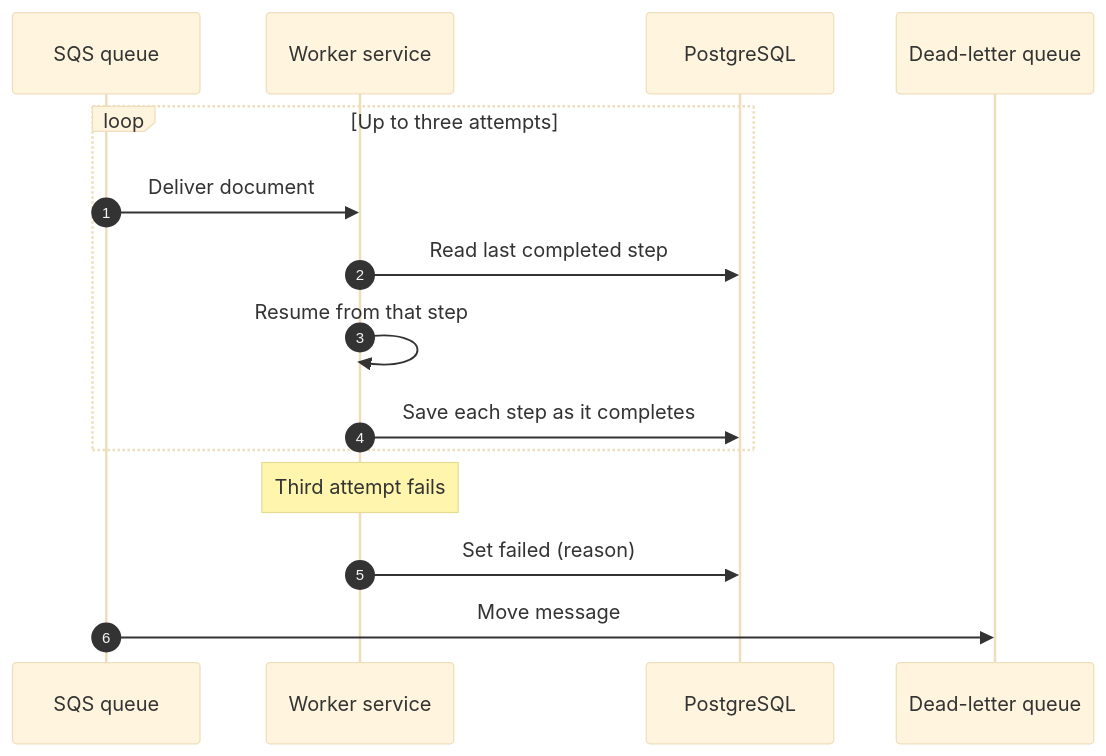
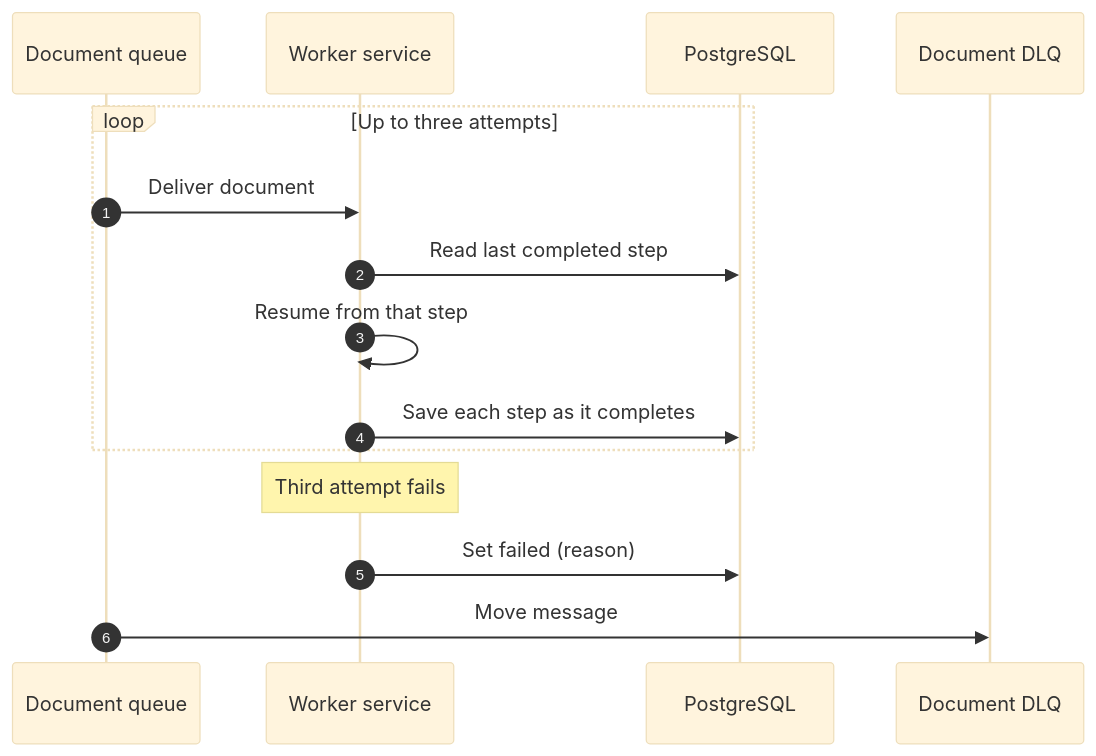
Before and after one commit to DavidRHannah/compliance: the fifth of 26 diagrams in README.md, drawn with Mermaid (base theme). The commit also changed other lines of this file and 1 other file, not shown here.

Commit message:
System context diagram & small sequence diagram updates.

````diff
--- a/README.md
+++ b/README.md
@@ -145,19 +145,19 @@
 ```mermaid
 sequenceDiagram
     autonumber
-    participant Q as SQS queue
+    participant Q as Document queue
     participant W as Worker service
     participant DB as PostgreSQL
-    participant DLQ as Dead-letter queue
+    participant DLQ as Document DLQ
 
     loop Up to three attempts
         Q->>W: Deliver document 
         W->>DB: Read last completed step
         W->>W: Resume from that step
         W->>DB: Save each step as it completes
     end
     
     Note over W: Third attempt fails
     W->>DB: Set failed (reason)
     Q->>DLQ: Move message
 ```
````
